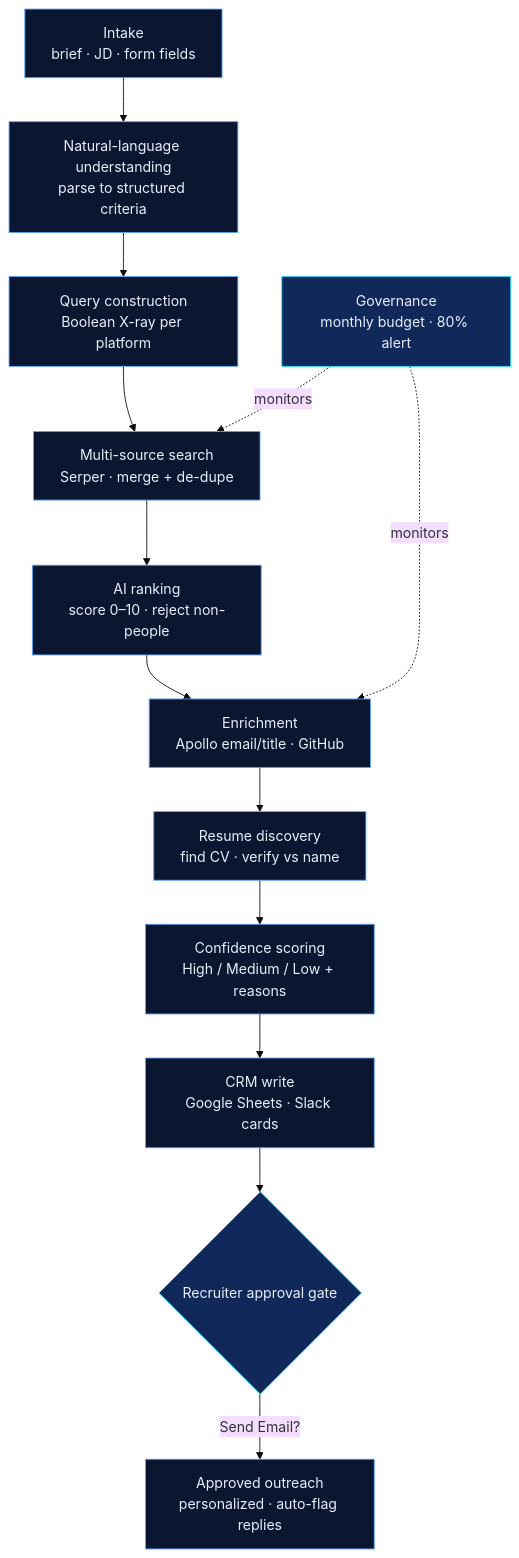
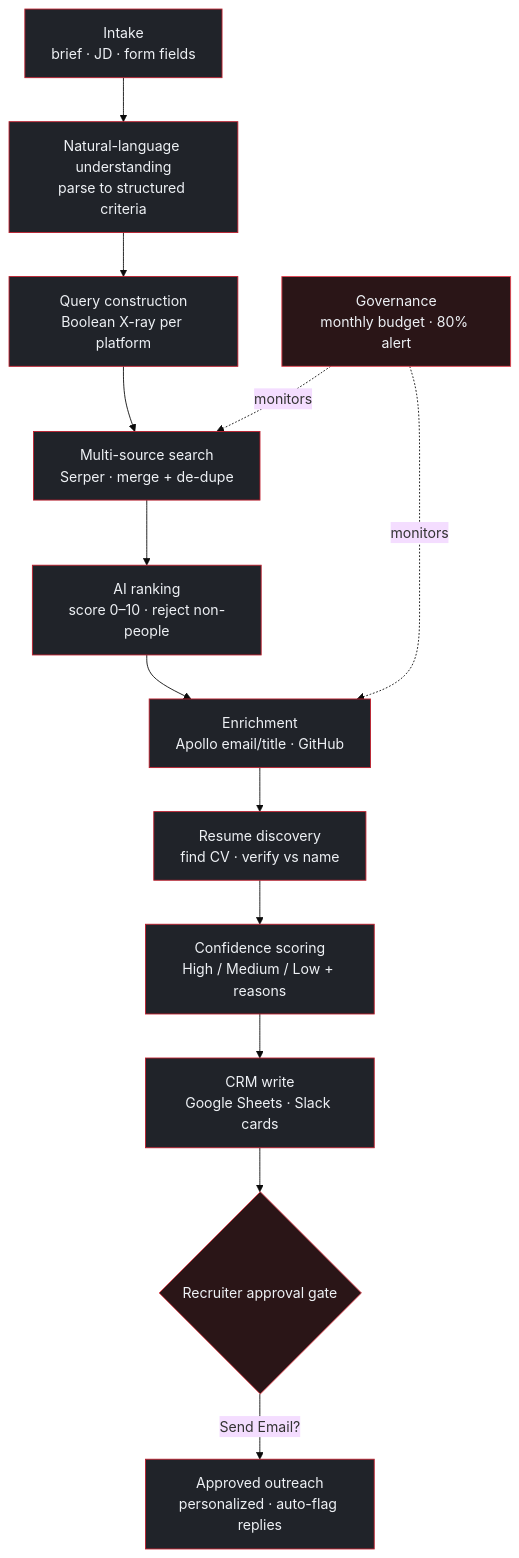
Before and after one commit to shravangithub/ai-recruiting-sourcing-pipeline: the diagram in README.md, drawn with Mermaid (base theme). The commit also changed other lines of this file, not shown here.

Commit message:
Rebrand README: Talent Rubric banner + slate/red diagram

````diff
--- a/README.md
+++ b/README.md
@@ -55,20 +59,20 @@
 ```mermaid
 flowchart TD
     A["Intake<br/>brief · JD · form fields"] --> B["Natural-language understanding<br/>parse to structured criteria"]
     B --> C["Query construction<br/>Boolean X-ray per platform"]
     C --> D["Multi-source search<br/>Serper · merge + de-dupe"]
     D --> E["AI ranking<br/>score 0–10 · reject non-people"]
     E --> F["Enrichment<br/>Apollo email/title · GitHub"]
     F --> G["Resume discovery<br/>find CV · verify vs name"]
     G --> H["Confidence scoring<br/>High / Medium / Low + reasons"]
     H --> I["CRM write<br/>Google Sheets · Slack cards"]
     I --> J{"Recruiter approval gate"}
     J -->|"Send Email?"| K["Approved outreach<br/>personalized · auto-flag replies"]
     GOV["Governance<br/>monthly budget · 80% alert"] -. monitors .-> D
     GOV -. monitors .-> F
 
-    classDef stage fill:#0b1630,stroke:#60a5fa,stroke-width:1px,color:#e8effc;
-    classDef gate fill:#10285a,stroke:#22d3ee,stroke-width:1px,color:#e8effc;
+    classDef stage fill:#202329,stroke:#BF1E2D,stroke-width:1px,color:#eef1f5;
+    classDef gate fill:#2a1517,stroke:#E5424F,stroke-width:1px,color:#eef1f5;
     class A,B,C,D,E,F,G,H,I,K stage;
     class J,GOV gate;
 ```
````
